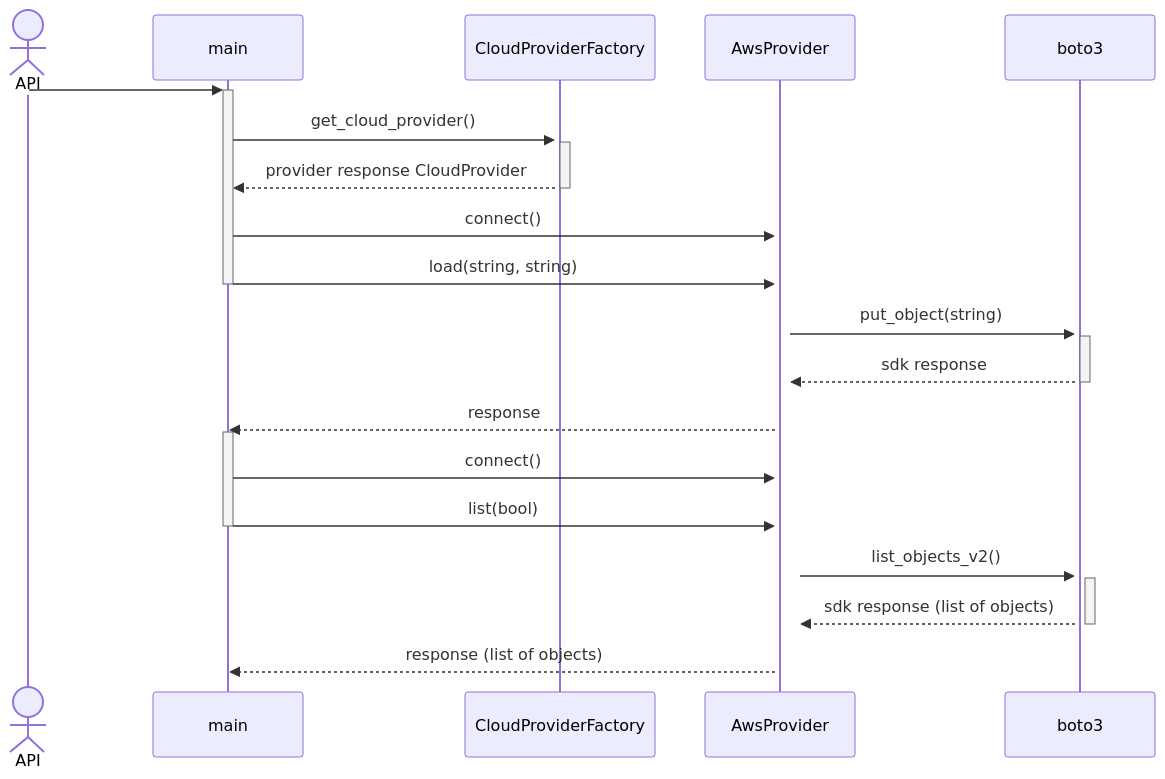
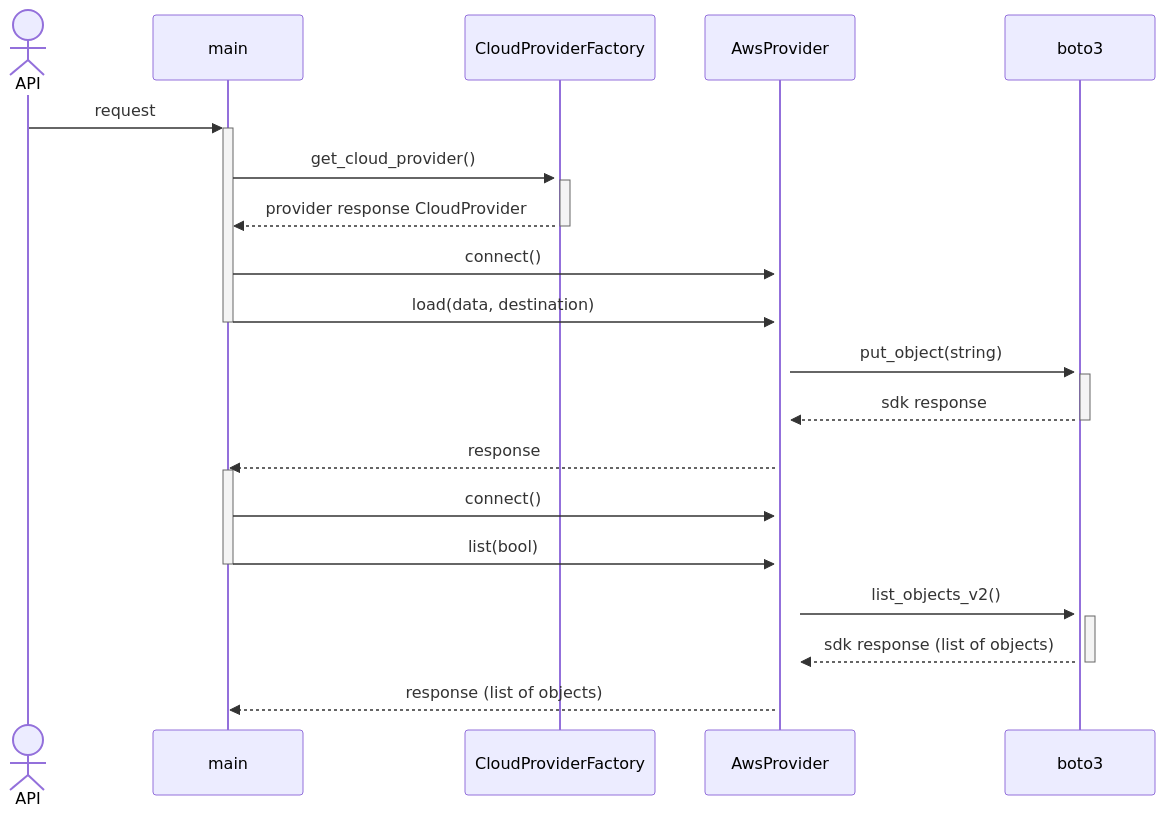
Before and after one commit to CPNV-ES-BI1-RIA2-ETL-INTERNAL-SOURCE/BUCKET: the diagram in docs/sequence_diagram.md, drawn with Mermaid. The commit also changed 3 other files, not shown here.

`````diff
--- a/docs/sequence_diagram.md
+++ b/docs/sequence_diagram.md
@@ -1,25 +1,25 @@
 ````mermaid
 sequenceDiagram
     actor API
-    API ->>+ main : 
+    API ->>+ main : request
     main ->>+ CloudProviderFactory : get_cloud_provider()
     activate CloudProviderFactory
     CloudProviderFactory -->>- main : provider response CloudProvider
     
     main ->>+ AwsProvider : connect()
     activate AwsProvider
-    main ->>- AwsProvider : load(string, string)
+    main ->>- AwsProvider : load(data, destination)
     AwsProvider ->>+ boto3 : put_object(string)
     activate boto3
     boto3 -->>- AwsProvider : sdk response
     AwsProvider -->> main : response
 
     activate main
     main ->>+ AwsProvider : connect()
     activate AwsProvider
     main ->>- AwsProvider : list(bool)
     AwsProvider ->>+ boto3 : list_objects_v2()
     activate boto3
     boto3 -->>- AwsProvider : sdk response (list of objects)
     AwsProvider -->> main : response (list of objects)
 ````
`````
